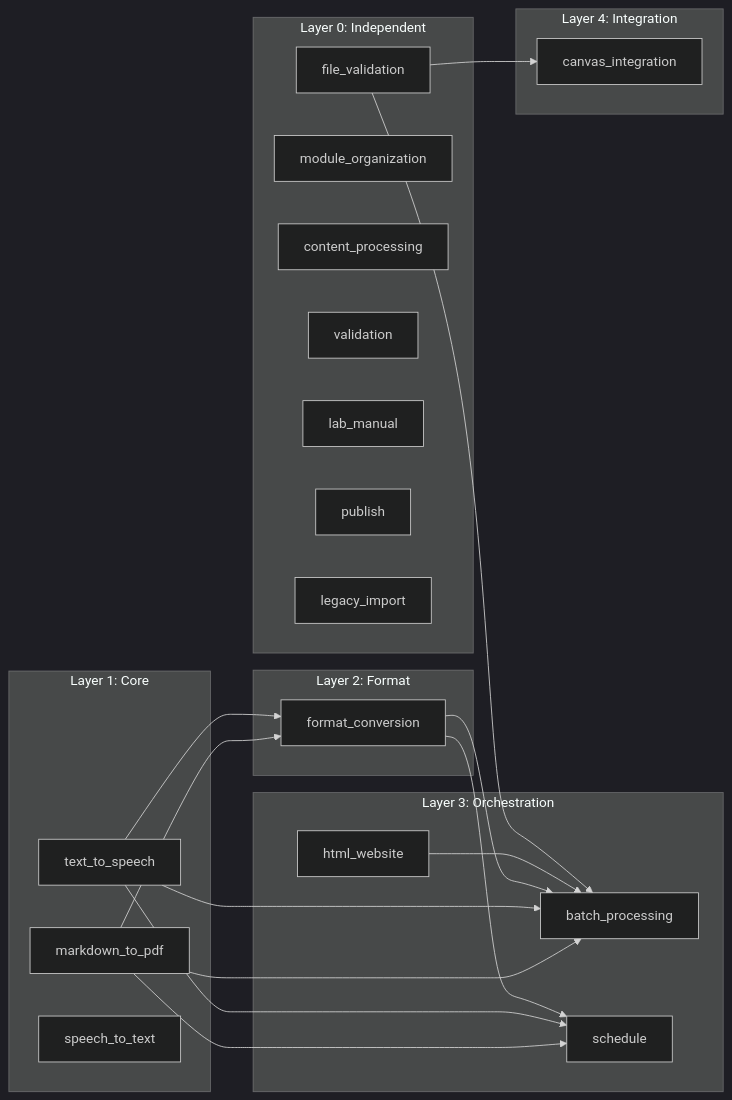
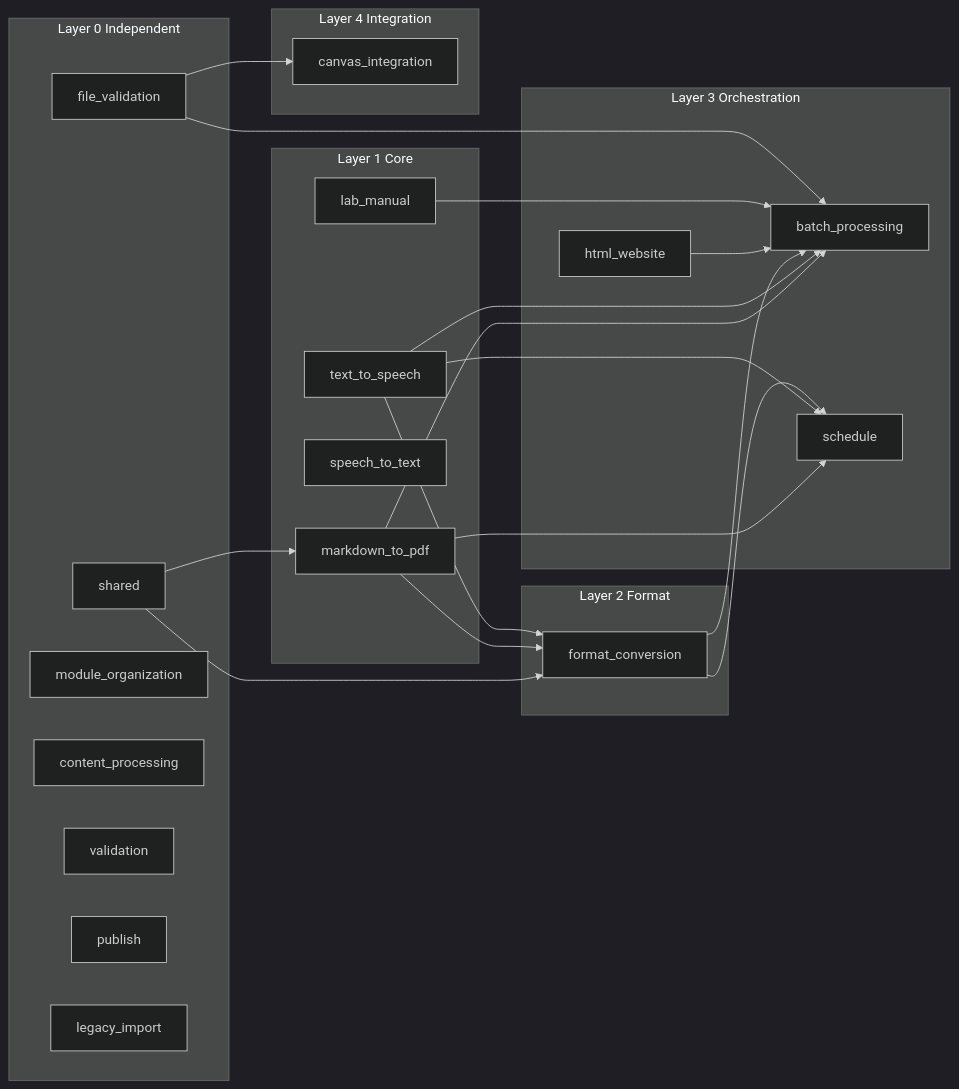
One commit to docxology/biol-1 changed the fourth of 4 diagrams in software/docs/ARCHITECTURE.md. Above: the diagram before and after it, drawn with Mermaid (dark theme). The commit also changed other lines of this file and 169 other files, not shown here.

````diff
--- a/software/docs/ARCHITECTURE.md
+++ b/software/docs/ARCHITECTURE.md
@@ -196,47 +216,52 @@
 ```mermaid
 graph LR
-    subgraph layer0[Layer 0: Independent]
+    subgraph layer0[Layer 0 Independent]
+        SH["shared"]
         FV["file_validation"]
         MO["module_organization"]
         CP["content_processing"]
         VAL["validation"]
-        LM["lab_manual"]
         PUB["publish"]
         LI["legacy_import"]
     end
 
-    subgraph layer1[Layer 1: Core]
+    subgraph layer1[Layer 1 Core]
         M2P["markdown_to_pdf"]
         TTS["text_to_speech"]
         STT["speech_to_text"]
+        LM["lab_manual"]
     end
 
-    subgraph layer2[Layer 2: Format]
+    subgraph layer2[Layer 2 Format]
         FC["format_conversion"]
     end
 
-    subgraph layer3[Layer 3: Orchestration]
+    subgraph layer3[Layer 3 Orchestration]
         BP["batch_processing"]
         HW["html_website"]
         SCH["schedule"]
     end
 
-    subgraph layer4[Layer 4: Integration]
+    subgraph layer4[Layer 4 Integration]
         CI["canvas_integration"]
     end
 
+    SH --> M2P
+    SH --> FC
     M2P --> FC
     TTS --> FC
-    
+
     M2P --> BP
     TTS --> BP
     FC --> BP
     HW --> BP
-    
+
     M2P --> SCH
     TTS --> SCH
     FC --> SCH
-    
+
+    LM --> BP
+
     FV --> BP
     FV --> CI
 ```
````
